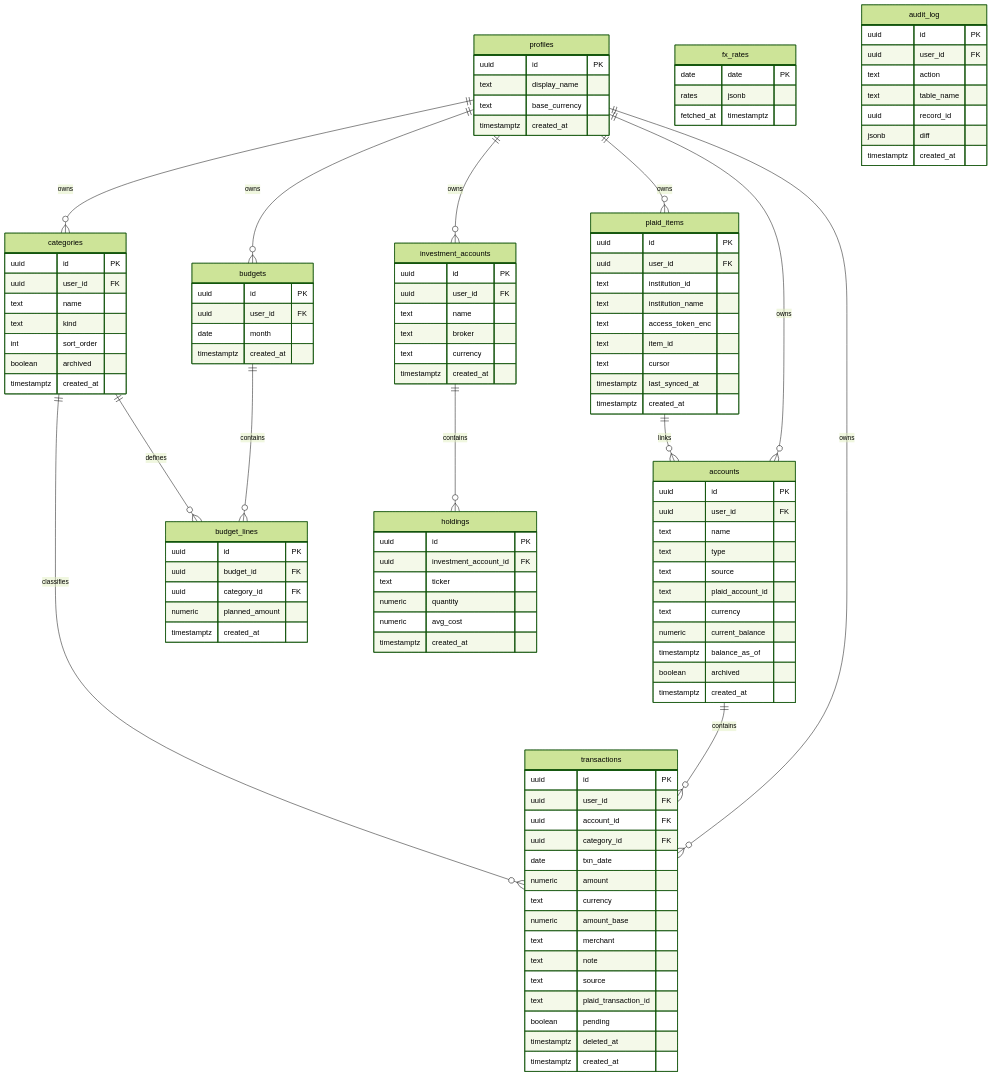
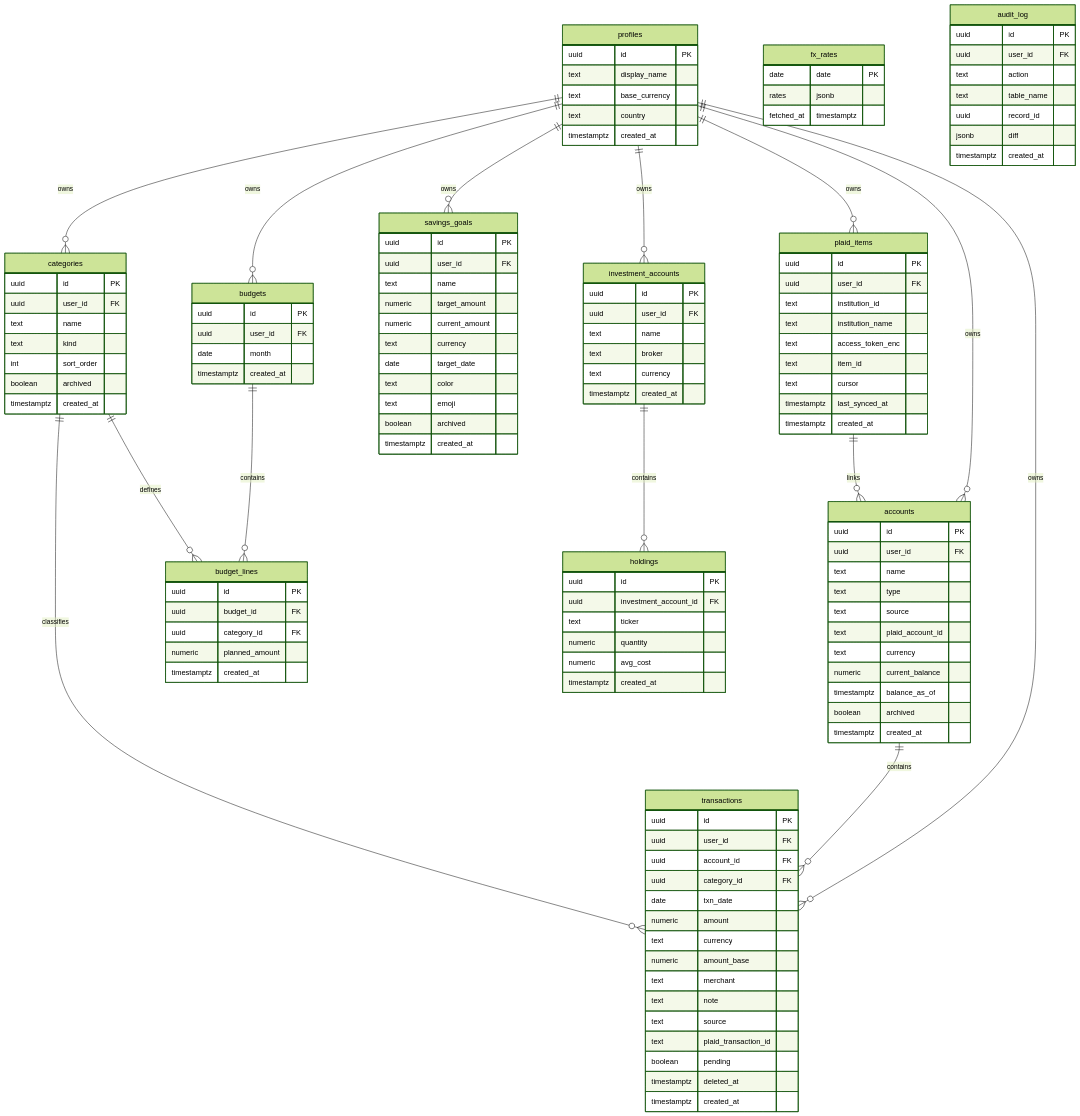
Before and after one commit to briantoanle/Charlie-Budget: the diagram in docs/db-schema.md, drawn with Mermaid (forest theme). The commit also changed 2 other files, not shown here.

Commit message:
Updated schema

```diff
--- a/docs/db-schema.md
+++ b/docs/db-schema.md
@@ -7,6 +7,7 @@
         uuid id PK
         text display_name
         text base_currency
+        text country
         timestamptz created_at
     }
 
@@ -68,6 +69,21 @@
         timestamptz created_at
     }
 
+    %% Savings Goals
+    savings_goals {
+        uuid id PK
+        uuid user_id FK
+        text name
+        numeric target_amount
+        numeric current_amount
+        text currency
+        date target_date
+        text color
+        text emoji
+        boolean archived
+        timestamptz created_at
+    }
+
     %% Budgeting
     budgets {
         uuid id PK
@@ -126,6 +142,7 @@
     profiles ||--o{ accounts : "owns"
     profiles ||--o{ transactions : "owns"
     profiles ||--o{ budgets : "owns"
+    profiles ||--o{ savings_goals : "owns"
     profiles ||--o{ plaid_items : "owns"
     profiles ||--o{ investment_accounts : "owns"
 
```
